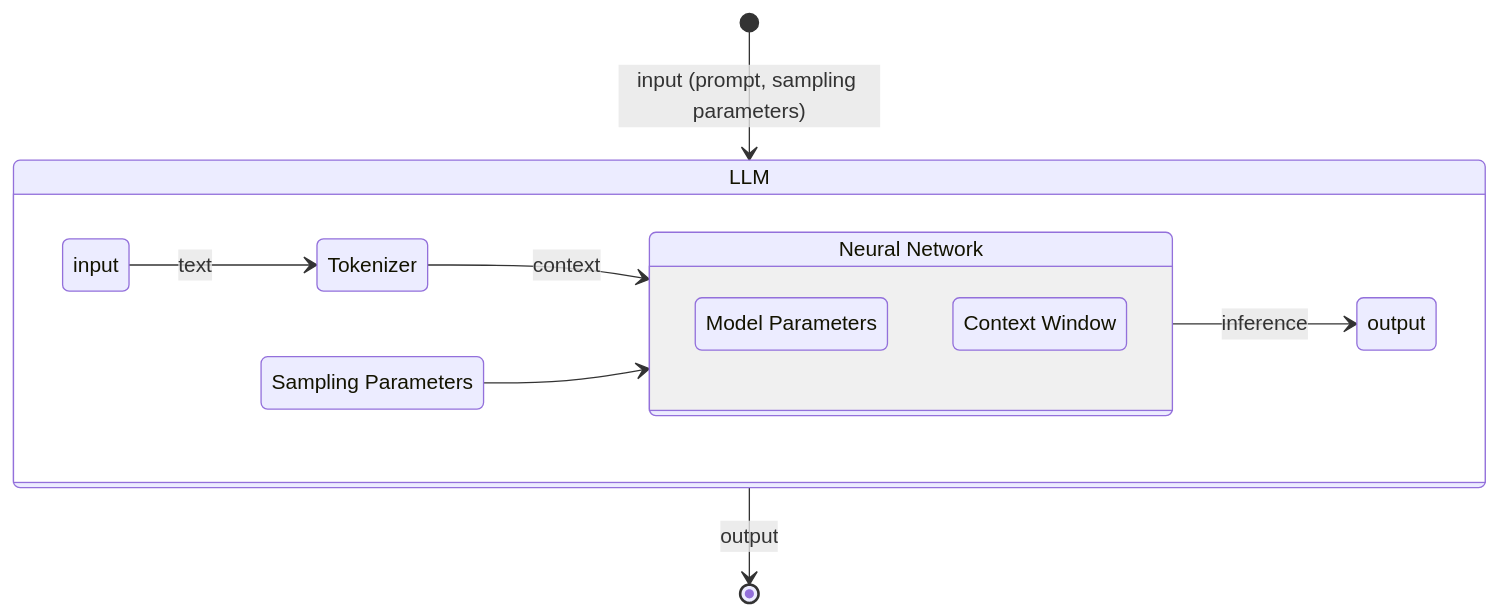
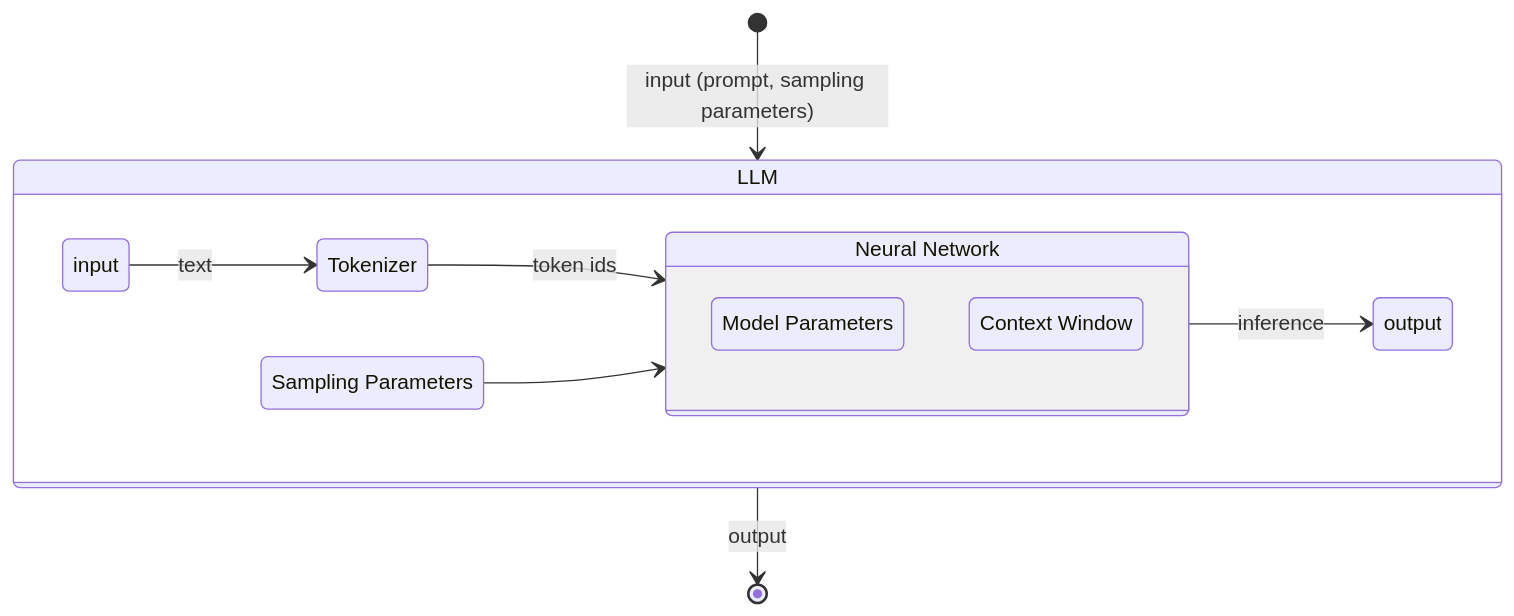
The diagram in _notes/llm.md (dburriss/dburriss.github.io), drawn with Mermaid before and after one commit. The commit also changed other lines of this file and 5 other files, not shown here.

````diff
--- a/_notes/llm.md
+++ b/_notes/llm.md
@@ -12,21 +12,22 @@
 ```mermaid
-stateDiagram
+stateDiagram-v2
 	nn: Neural Network
 	sp: Sampling Parameters
 	mp: Model Parameters
 	cw: Context Window
-    direction TB
+	direction TB
+    
     [*] --> LLM : input (prompt, sampling parameters)
     state LLM {
       direction LR
       input --> Tokenizer : text
-      Tokenizer --> nn : context
+      Tokenizer --> nn : token ids
       sp --> nn
       state nn {
         cw
 	    mp
       }
       nn --> output : inference
     }
     LLM --> [*] : output
 ```
````
